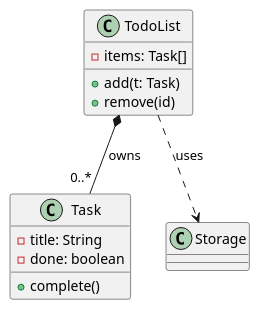
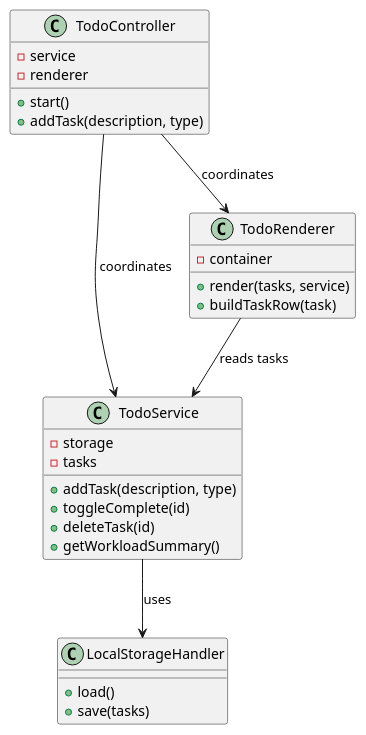
Before and after one commit to fjollabeha/swen383-todo: the diagram in docs/class-diagram.puml, drawn with PlantUML. The commit also changed other lines of this file and 3 other files, not shown here.

Commit message:
docs: add UML class and sequence diagrams

```diff
--- a/docs/class-diagram.puml
+++ b/docs/class-diagram.puml
@@ -1,16 +2,33 @@
-@startuml ClassDiagram
-class TodoList {
-  - items: Task[]
-  + add(t: Task)
-  + remove(id)
+@startuml
+class TodoService {
+  - storage
+  - tasks
+  + addTask(description, type)
+  + toggleComplete(id)
+  + deleteTask(id)
+  + getWorkloadSummary()
 }
 
-class Task {
-  - title: String
-  - done: boolean
-  + complete()
+class LocalStorageHandler {
+  + load()
+  + save(tasks)
 }
 
-TodoList *-- "0..*" Task : owns
-TodoList ..> Storage : uses
+class TodoRenderer {
+  - container
+  + render(tasks, service)
+  + buildTaskRow(task)
+}
+
+class TodoController {
+  - service
+  - renderer
+  + start()
+  + addTask(description, type)
+}
+
+TodoService --> LocalStorageHandler : uses
+TodoRenderer --> TodoService : reads tasks
+TodoController --> TodoService : coordinates
+TodoController --> TodoRenderer : coordinates
 @enduml
```
